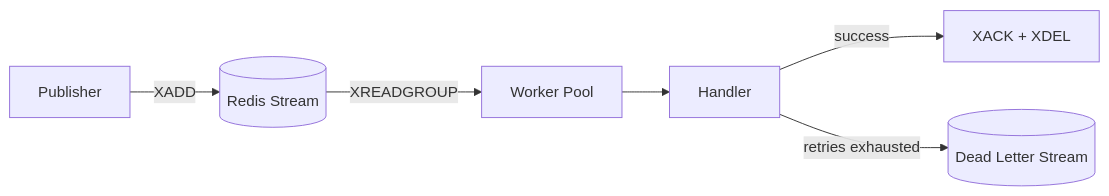
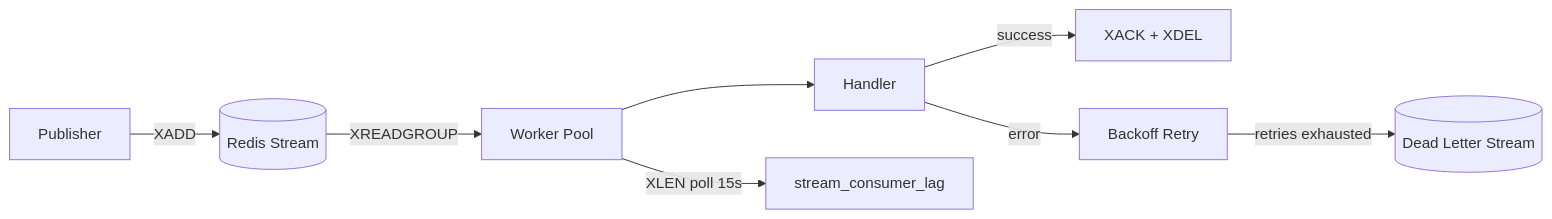
One commit to vinnedev/redis-stream-go changed the first of 4 diagrams in README.md. Above: the diagram before and after it, drawn with Mermaid. The commit also changed other lines of this file and 12 other files, not shown here.

````diff
--- a/README.md
+++ b/README.md
@@ -7,8 +7,10 @@
 ```mermaid
 flowchart LR
     P[Publisher] -->|XADD| RS[(Redis Stream)]
     RS -->|XREADGROUP| W[Worker Pool]
     W --> H[Handler]
     H -->|success| A[XACK + XDEL]
-    H -->|retries exhausted| D[(Dead Letter Stream)]
+    H -->|error| R[Backoff Retry]
+    R -->|retries exhausted| D[(Dead Letter Stream)]
+    W -->|XLEN poll 15s| M[stream_consumer_lag]
 ```
````
